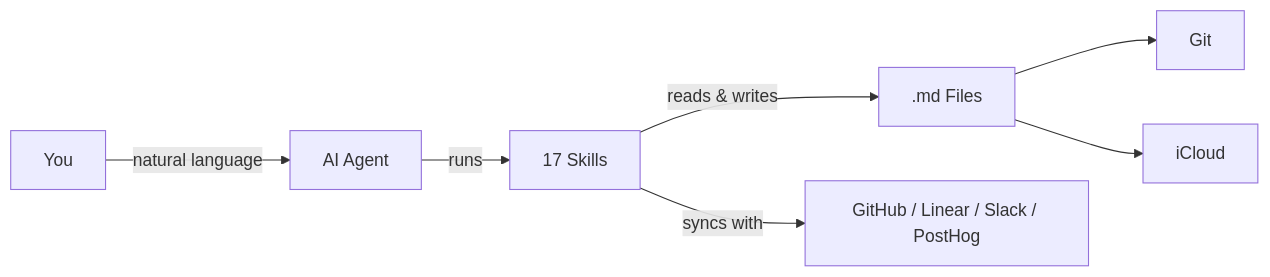
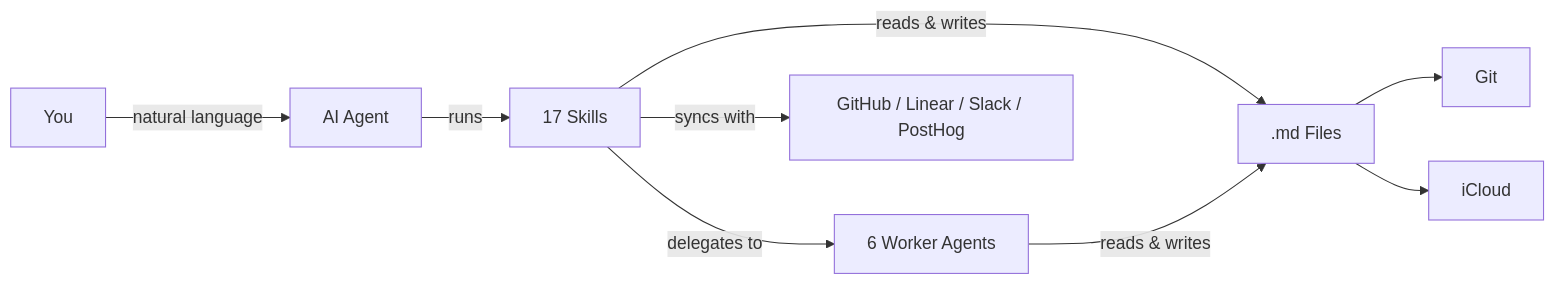
Before and after one commit to armitd/second-brain: the first of 2 diagrams in README.md, drawn with Mermaid. The commit also changed other lines of this file and 17 other files, not shown here.

````diff
--- a/README.md
+++ b/README.md
@@ -9,9 +11,11 @@
 ```mermaid
 graph LR
     A[You] -- natural language --> B[AI Agent]
     B -- runs --> C[17 Skills]
+    C -- delegates to --> W[6 Worker Agents]
     C -- reads & writes --> D[.md Files]
+    W -- reads & writes --> D
     C -- syncs with --> G[GitHub / Linear / Slack / PostHog]
     D --> E[Git]
     D --> F[iCloud]
 ```
````
